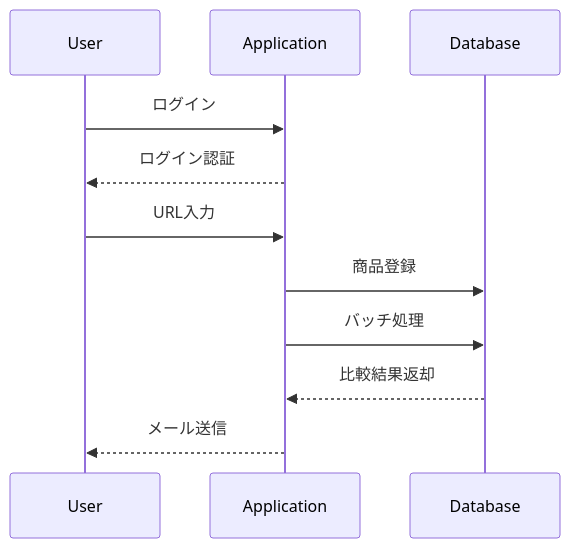
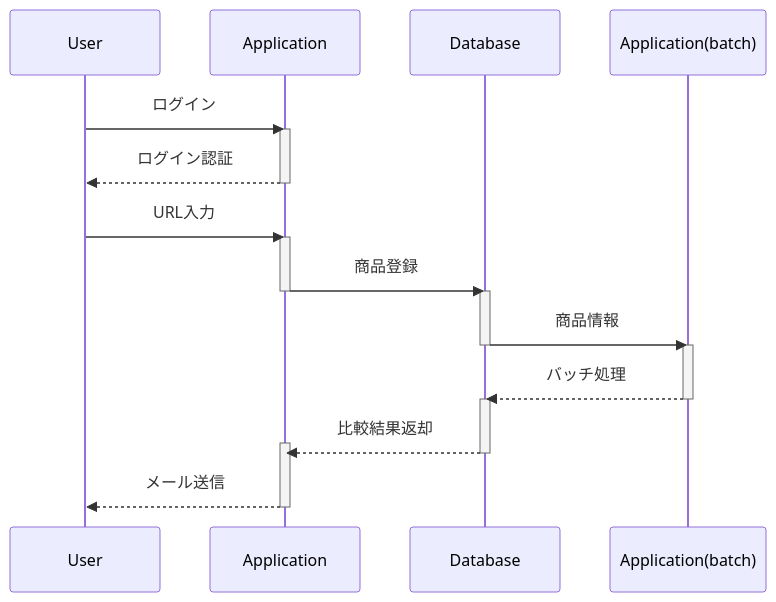
One commit to manae111/scraping-app changed the second of 2 diagrams in README.md. Above: the diagram before and after it, drawn with Mermaid. The commit also changed other lines of this file and 7 other files, not shown here.

````diff
--- a/README.md
+++ b/README.md
@@ -137,17 +162,31 @@
 ```mermaid
 
 sequenceDiagram
     participant User
     participant Application
     participant Database
-
+    participant Application(batch)
+    
     User ->> Application: ログイン
+    activate Application
     Application -->> User: ログイン認証
+    deactivate Application
 
     User ->> Application: URL入力
+    activate Application
     Application ->> Database: 商品登録
-    Application ->> Database: バッチ処理
+    deactivate Application
+    activate Database
+    Database ->> Application(batch): 商品情報
+    deactivate Database
+    activate Application(batch)
+    Application(batch) -->> Database: バッチ処理
+    deactivate Application(batch)
+    activate Database
     Database -->> Application: 比較結果返却
-  　Application -->> User: メール送信
+    activate Application
+    deactivate Database
+    Application -->> User: メール送信
+    deactivate Application
 
 ```
````
